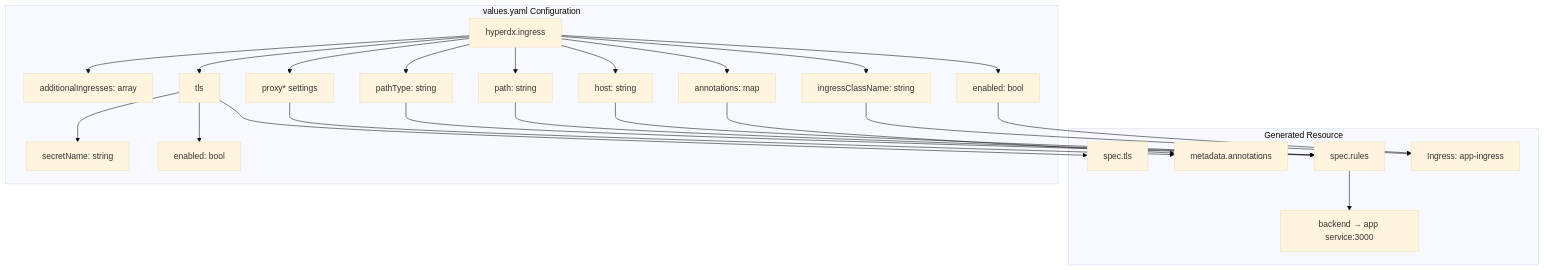
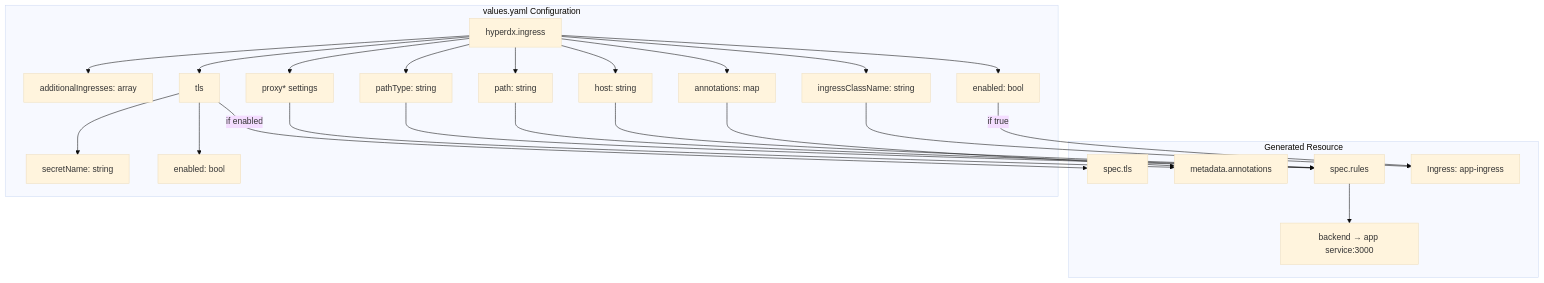
The first of 5 diagrams in docs/hyperdxio-helm-charts-docs/Ingress-and-External-Access.md (openchoreo/openchoreo), drawn with Mermaid (base theme) before and after one commit. The commit also changed other lines of this file and 85 other files, not shown here.

Commit message:
feat: Add new workflow and specification templates, update Helm chart dependencies, and clarify documentation diagrams.

````diff
--- a/docs/hyperdxio-helm-charts-docs/Ingress-and-External-Access.md
+++ b/docs/hyperdxio-helm-charts-docs/Ingress-and-External-Access.md
@@ -59,65 +59,65 @@
 ```mermaid
 flowchart TD
 
 IngressRoot["hyperdx.ingress"]
 Enabled["enabled: bool"]
 ClassName["ingressClassName: string"]
 Annotations["annotations: map"]
 Host["host: string"]
 Path["path: string"]
 PathType["pathType: string"]
 ProxySettings["proxy* settings"]
 TLS["tls"]
 TLSEnabled["enabled: bool"]
 TLSSecret["secretName: string"]
 Additional["additionalIngresses: array"]
 IngressResource["Ingress: app-ingress"]
 IngressSpec["spec.rules"]
 IngressTLS["spec.tls"]
 IngressAnnotations["metadata.annotations"]
 Backend["backend → app service:3000"]
 
-Enabled --> IngressResource
+Enabled -->|"if true"| IngressResource
 ClassName --> IngressResource
 Annotations --> IngressAnnotations
 Host --> IngressSpec
 Path --> IngressSpec
 PathType --> IngressSpec
 ProxySettings --> IngressAnnotations
-TLS --> IngressTLS
+TLS -->|"if enabled"| IngressTLS
 
 subgraph subGraph1 ["Generated Resource"]
     IngressResource
     IngressSpec
     IngressTLS
     IngressAnnotations
     Backend
     IngressSpec --> Backend
 end
 
 subgraph subGraph0 ["values.yaml Configuration"]
     IngressRoot
     Enabled
     ClassName
     Annotations
     Host
     Path
     PathType
     ProxySettings
     TLS
     TLSEnabled
     TLSSecret
     Additional
     IngressRoot --> Enabled
     IngressRoot --> ClassName
     IngressRoot --> Annotations
     IngressRoot --> Host
     IngressRoot --> Path
     IngressRoot --> PathType
     IngressRoot --> ProxySettings
     IngressRoot --> TLS
     TLS --> TLSEnabled
     TLS --> TLSSecret
     IngressRoot --> Additional
 end
 ```
````
